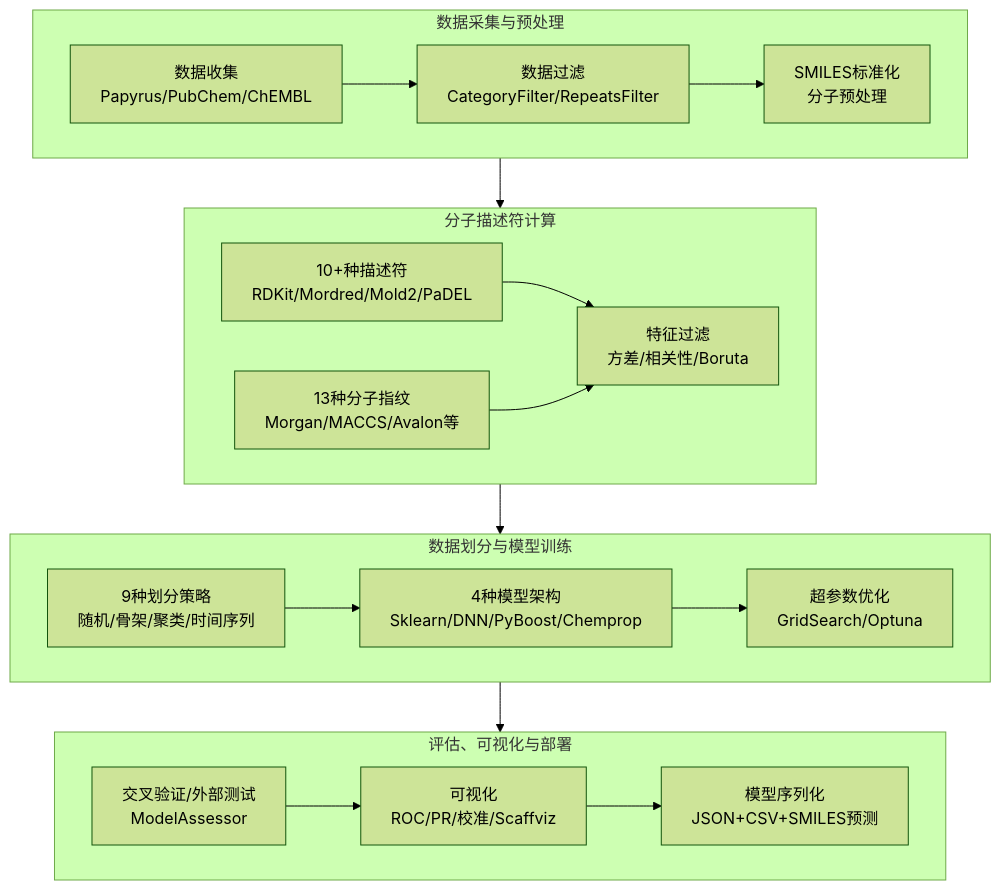
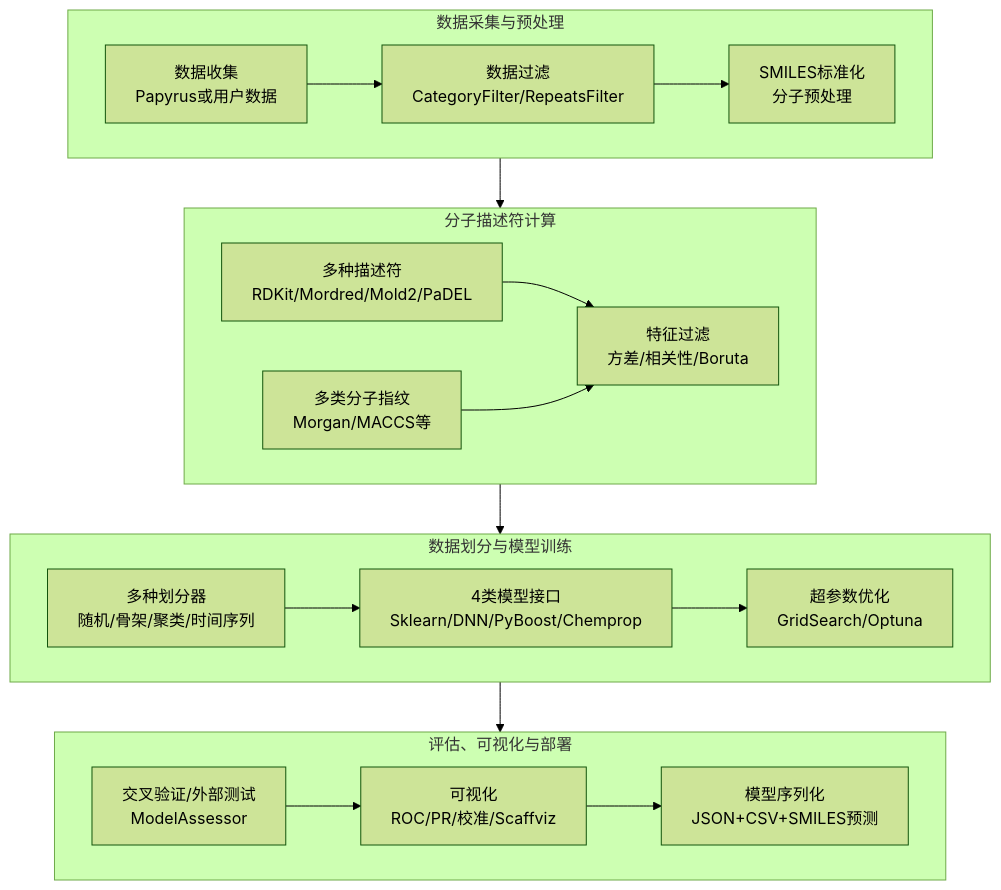
Before and after one commit to gxf1212/mendelevium: the diagram in _pages/Machine Learning & AI/Workflow & Agent/2026-07-20-qspred-qspr-toolkit.md, drawn with Mermaid (forest theme). The commit also changed other lines of this file and 2 other files, not shown here.

````diff
--- a/_pages/Machine Learning & AI/Workflow & Agent/2026-07-20-qspred-qspr-toolkit.md
+++ b/_pages/Machine Learning & AI/Workflow & Agent/2026-07-20-qspred-qspr-toolkit.md
@@ -69,24 +45,24 @@
 ```mermaid
 graph TB
     subgraph S1["数据采集与预处理"]
         direction LR
-        A1["数据收集<br/>Papyrus/PubChem/ChEMBL"] --> A2["数据过滤<br/>CategoryFilter/RepeatsFilter"]
+        A1["数据收集<br/>Papyrus或用户数据"] --> A2["数据过滤<br/>CategoryFilter/RepeatsFilter"]
         A2 --> A3["SMILES标准化<br/>分子预处理"]
     end
     subgraph S2["分子描述符计算"]
         direction LR
-        B1["10+种描述符<br/>RDKit/Mordred/Mold2/PaDEL"] --> B3["特征过滤<br/>方差/相关性/Boruta"]
-        B2["13种分子指纹<br/>Morgan/MACCS/Avalon等"] --> B3
+        B1["多种描述符<br/>RDKit/Mordred/Mold2/PaDEL"] --> B3["特征过滤<br/>方差/相关性/Boruta"]
+        B2["多类分子指纹<br/>Morgan/MACCS等"] --> B3
     end
     subgraph S3["数据划分与模型训练"]
         direction LR
-        C1["9种划分策略<br/>随机/骨架/聚类/时间序列"] --> C2["4种模型架构<br/>Sklearn/DNN/PyBoost/Chemprop"]
+        C1["多种划分器<br/>随机/骨架/聚类/时间序列"] --> C2["4类模型接口<br/>Sklearn/DNN/PyBoost/Chemprop"]
         C2 --> C3["超参数优化<br/>GridSearch/Optuna"]
     end
     subgraph S4["评估、可视化与部署"]
         direction LR
         D1["交叉验证/外部测试<br/>ModelAssessor"] --> D2["可视化<br/>ROC/PR/校准/Scaffviz"]
         D2 --> D3["模型序列化<br/>JSON+CSV+SMILES预测"]
     end
     S1 --> S2 --> S3 --> S4
 ```
````
